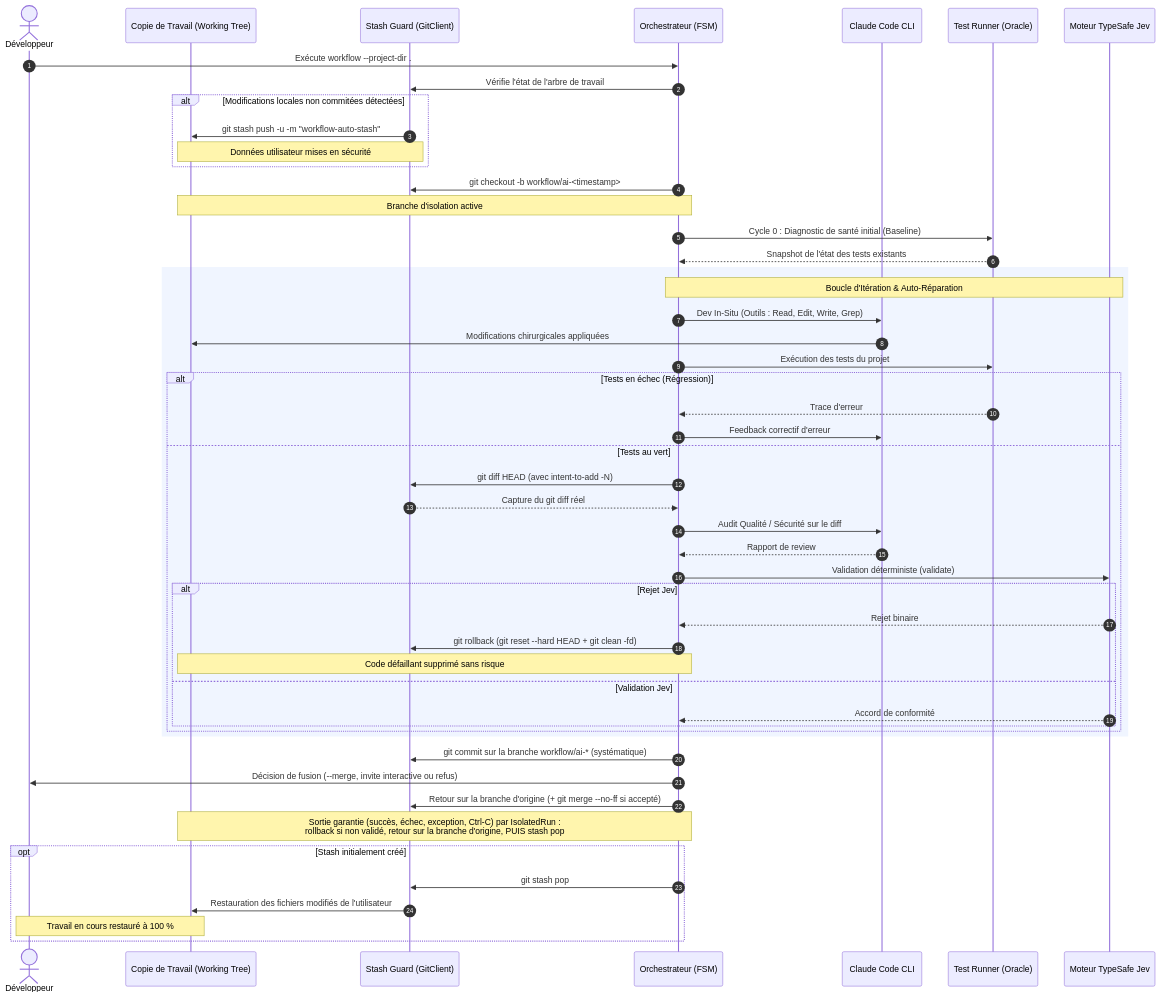
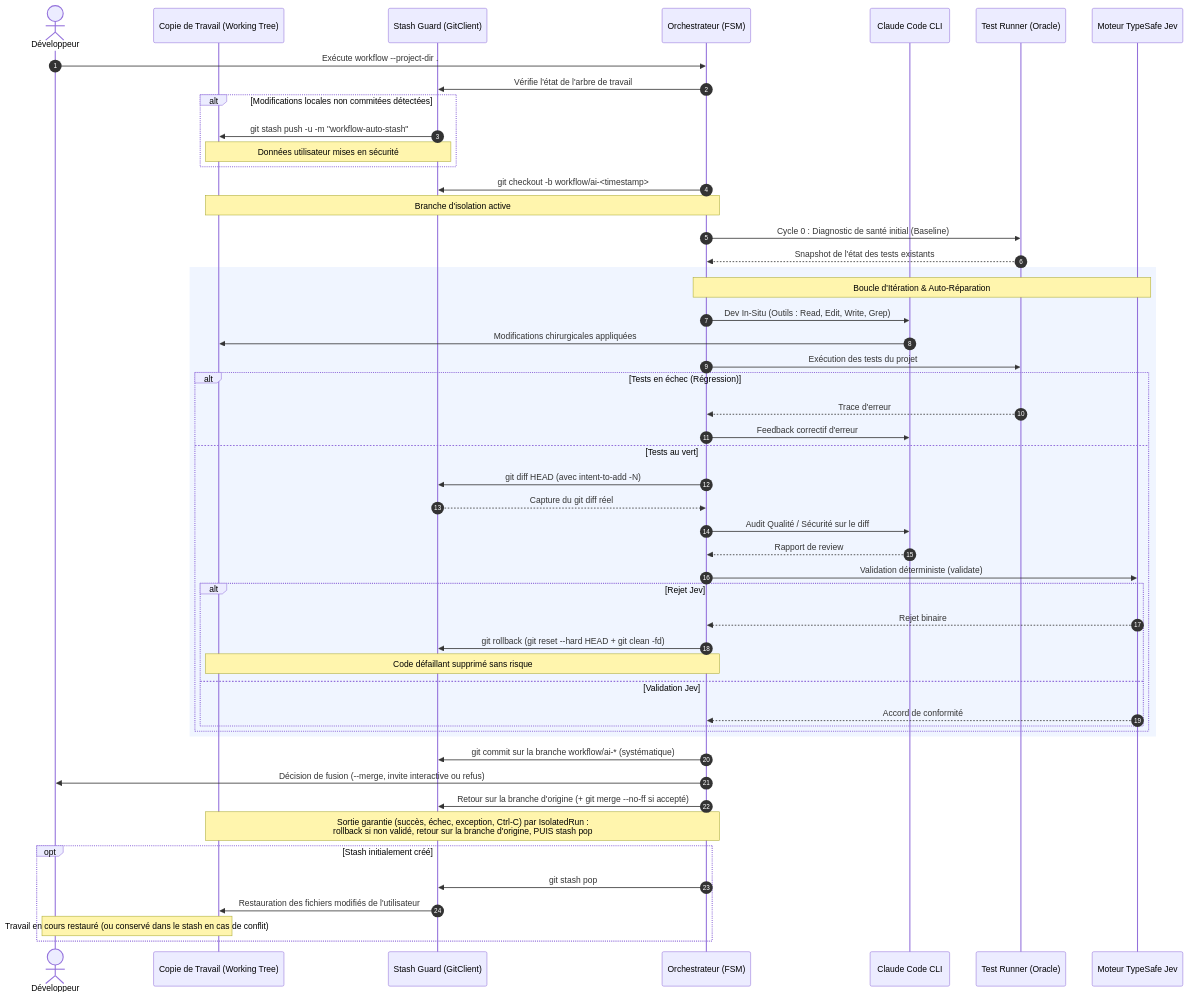
Before and after one commit to GirardotN/Workflow-Claude-Code: the second of 2 diagrams in docs/architecture.md, drawn with Mermaid. The commit also changed 11 other files, not shown here.

````diff
--- a/docs/architecture.md
+++ b/docs/architecture.md
@@ -84,59 +84,59 @@
 ```mermaid
 sequenceDiagram
     autonumber
     actor Dev as Développeur
     participant WT as Copie de Travail (Working Tree)
     participant SG as Stash Guard (GitClient)
     participant FSM as Orchestrateur (FSM)
     participant Claude as Claude Code CLI
     participant Tests as Test Runner (Oracle)
     participant Jev as Moteur TypeSafe Jev
 
     Dev->>FSM: Exécute workflow --project-dir .
     FSM->>SG: Vérifie l'état de l'arbre de travail
     alt Modifications locales non commitées détectées
         SG->>WT: git stash push -u -m "workflow-auto-stash"
         Note over SG,WT: Données utilisateur mises en sécurité
     end
 
     FSM->>SG: git checkout -b workflow/ai-<timestamp>
     Note over FSM,WT: Branche d'isolation active
 
     FSM->>Tests: Cycle 0 : Diagnostic de santé initial (Baseline)
     Tests-->>FSM: Snapshot de l'état des tests existants
 
     rect rgb(240, 245, 255)
         Note over FSM,Jev: Boucle d'Itération & Auto-Réparation
         FSM->>Claude: Dev In-Situ (Outils : Read, Edit, Write, Grep)
         Claude->>WT: Modifications chirurgicales appliquées
         FSM->>Tests: Exécution des tests du projet
         alt Tests en échec (Régression)
             Tests-->>FSM: Trace d'erreur
             FSM->>Claude: Feedback correctif d'erreur
         else Tests au vert
             FSM->>SG: git diff HEAD (avec intent-to-add -N)
             SG-->>FSM: Capture du git diff réel
             FSM->>Claude: Audit Qualité / Sécurité sur le diff
             Claude-->>FSM: Rapport de review
             FSM->>Jev: Validation déterministe (validate)
             alt Rejet Jev
                 Jev-->>FSM: Rejet binaire
                 FSM->>SG: git rollback (git reset --hard HEAD + git clean -fd)
                 Note over FSM,WT: Code défaillant supprimé sans risque
             else Validation Jev
                 Jev-->>FSM: Accord de conformité
             end
         end
     end
 
     FSM->>SG: git commit sur la branche workflow/ai-* (systématique)
     FSM->>Dev: Décision de fusion (--merge, invite interactive ou refus)
     FSM->>SG: Retour sur la branche d'origine (+ git merge --no-ff si accepté)
 
     Note over FSM,WT: Sortie garantie (succès, échec, exception, Ctrl-C) par IsolatedRun :<br/>rollback si non validé, retour sur la branche d'origine, PUIS stash pop
     opt Stash initialement créé
         FSM->>SG: git stash pop
         SG->>WT: Restauration des fichiers modifiés de l'utilisateur
-        Note over Dev,WT: Travail en cours restauré à 100 %
+        Note over Dev,WT: Travail en cours restauré (ou conservé dans le stash en cas de conflit)
     end
 ```
````
